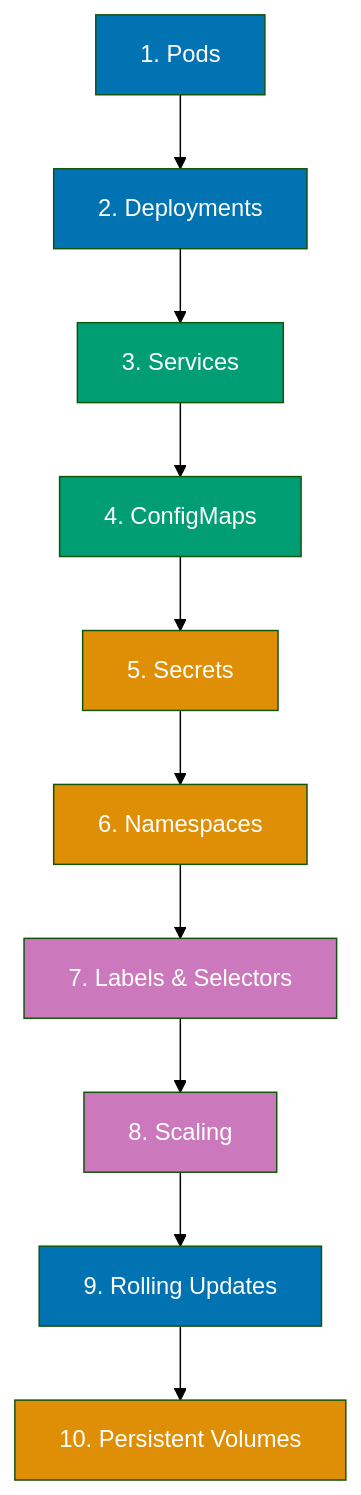
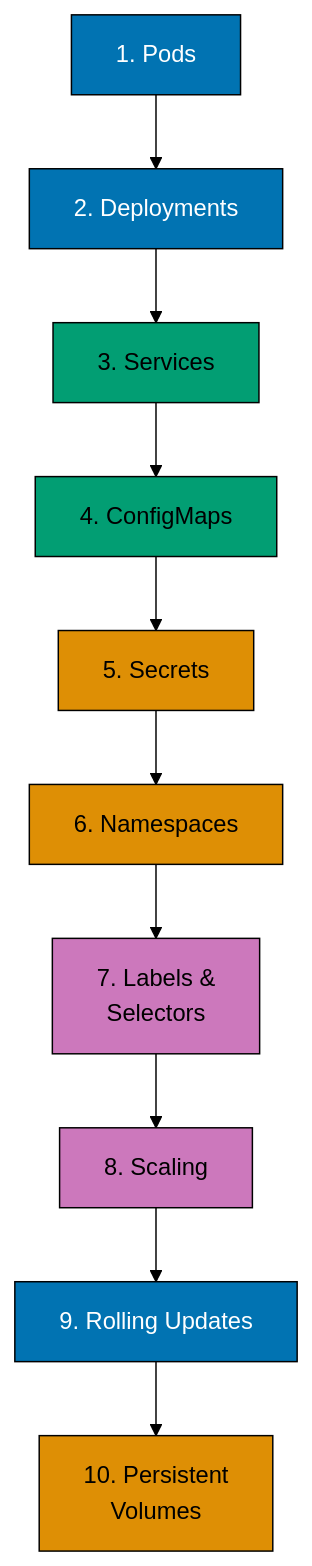
The first of 2 diagrams in apps/ayokoding-www/content/en/learn/legacy/software-engineering/infrastructure/tools/kubernetes/quick-start.md (wahidyankf/ose-public), drawn with Mermaid (forest theme) before and after one commit. The commit also changed other lines of this file and 131 other files, not shown here.

First line of the commit message:
fix(mermaid): bring the legacy data, infrastructure, and testing diagrams onto the accessible palette

````diff
--- a/apps/ayokoding-www/content/en/learn/legacy/software-engineering/infrastructure/tools/kubernetes/quick-start.md
+++ b/apps/ayokoding-www/content/en/learn/legacy/software-engineering/infrastructure/tools/kubernetes/quick-start.md
@@ -27,24 +27,31 @@
 ```mermaid
 %% Color Palette: Blue #0173B2, Orange #DE8F05, Teal #029E73, Purple #CC78BC
 graph TD
+    accTitle: Learning Path
+    accDescr: Graph with 10 nodes and 9 connections. Nodes: 1. Pods, 2. Deployments, 3. Services, 4. ConfigMaps, 5. Secrets, 6. Namespaces, G, 8. Scaling, 9. Rolling Updates, 10. Persistent Volumes. Connections: 1. Pods to 2. Deployments, 2. Deployments to 3. Services, 3. Services to 4. ConfigMaps, 4. ConfigMaps to 5. Secrets, 5. Secrets to 6. Namespaces, 6. Namespaces to G, G to 8. Scaling, 8. Scaling to 9. Rolling Updates, 9. Rolling Updates to 10. Persistent Volumes.
     A["1. Pods"] --> B["2. Deployments"]
     B --> C["3. Services"]
     C --> D["4. ConfigMaps"]
     D --> E["5. Secrets"]
     E --> F["6. Namespaces"]
-    F --> G["7. Labels & Selectors"]
+    F --> G["7. Labels &<br/>Selectors"]
     G --> H["8. Scaling"]
     H --> I["9. Rolling Updates"]
-    I --> J["10. Persistent Volumes"]
+    I --> J["10. Persistent<br/>Volumes"]
 
-    style A fill:#0173B2,color:#fff
-    style B fill:#0173B2,color:#fff
-    style C fill:#029E73,color:#fff
-    style D fill:#029E73,color:#fff
-    style E fill:#DE8F05,color:#fff
-    style F fill:#DE8F05,color:#fff
-    style G fill:#CC78BC,color:#fff
-    style H fill:#CC78BC,color:#fff
-    style I fill:#0173B2,color:#fff
-    style J fill:#DE8F05,color:#fff
+    classDef pal-0173B2 fill:#0173B2,stroke:#000000,color:#FFFFFF
+    class A pal-0173B2
+    class B pal-0173B2
+    classDef pal-029E73 fill:#029E73,stroke:#000000,color:#000000
+    class C pal-029E73
+    class D pal-029E73
+    classDef pal-DE8F05 fill:#DE8F05,stroke:#000000,color:#000000
+    class E pal-DE8F05
+    class F pal-DE8F05
+    classDef pal-CC78BC fill:#CC78BC,stroke:#000000,color:#000000
+    class G pal-CC78BC
+    class H pal-CC78BC
+    class I pal-0173B2
+    class J pal-DE8F05
+    classDef default fill:#FFFFFF,stroke:#000000,color:#000000
 ```
````
